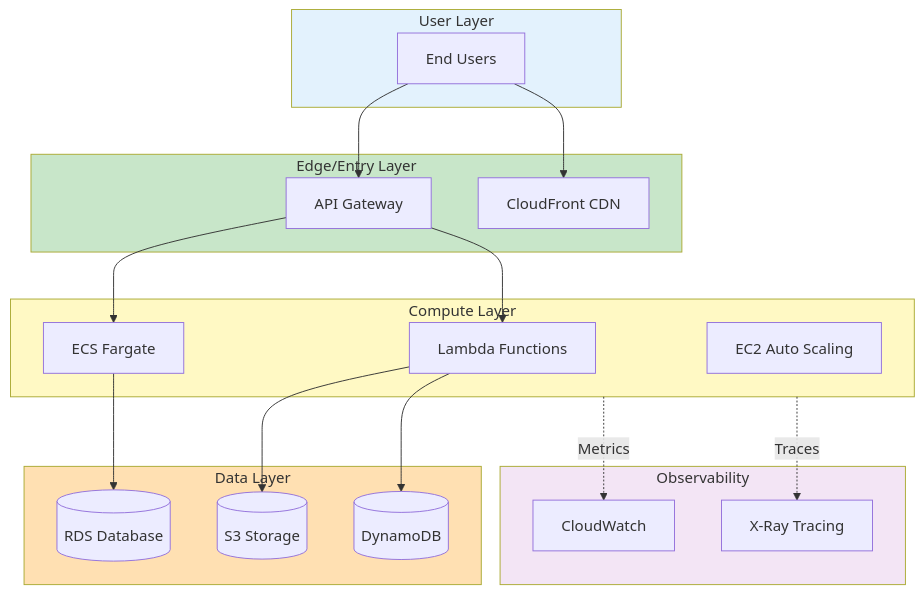
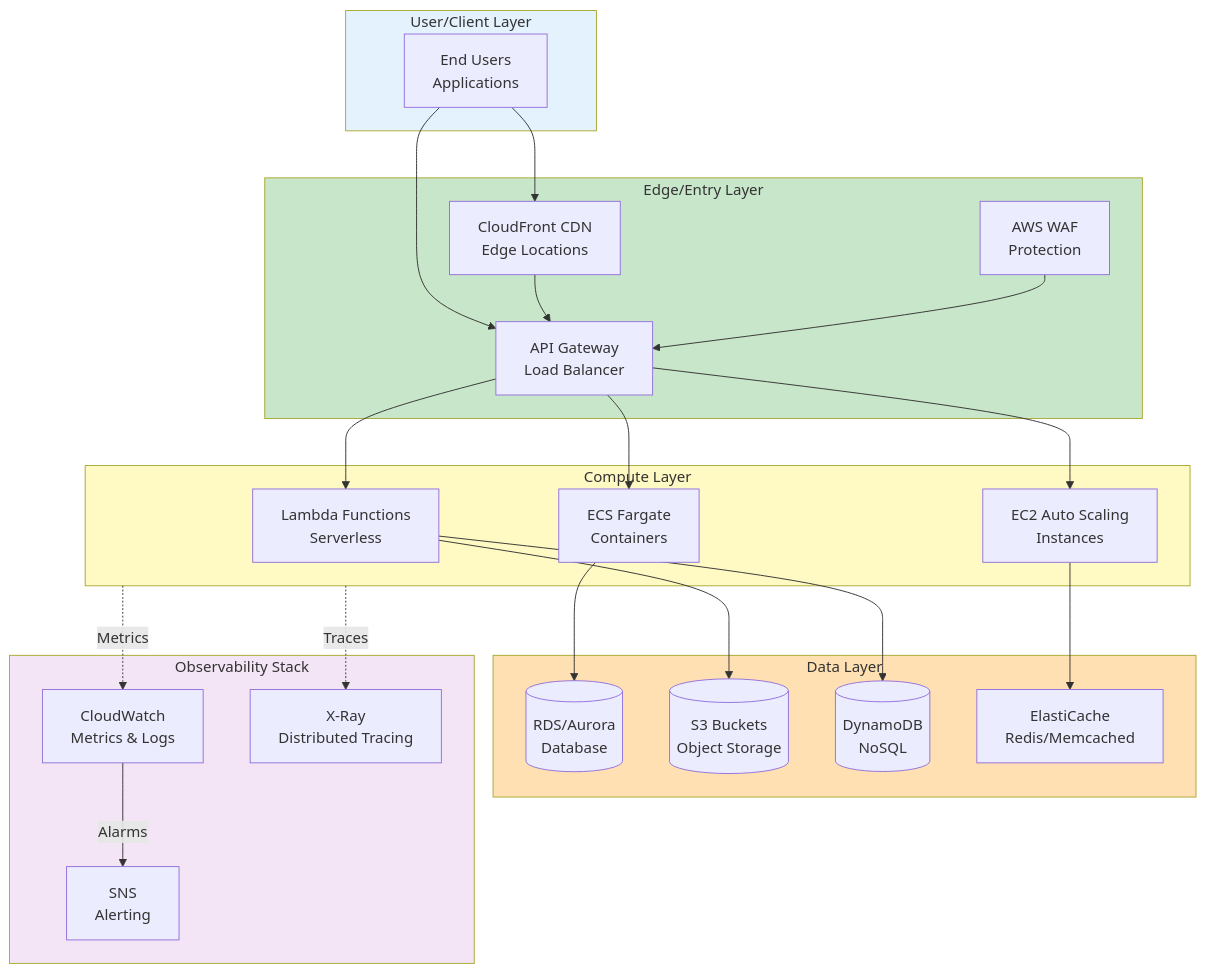
Before and after one commit to InfraTales/computer-vision-pipeline-infrastructure: the first of 4 diagrams in README.md, drawn with Mermaid. The commit also changed other lines of this file, not shown here.

Commit message:
Add comprehensive README with 4 Mermaid diagrams

````diff
--- a/README.md
+++ b/README.md
@@ -37,45 +40,55 @@
 ```mermaid
 graph TB
-    subgraph Internet["User Layer"]
-        Users[End Users]
+    subgraph Internet["User/Client Layer"]
+        Users[End Users<br/>Applications]
     end
     
     subgraph Edge["Edge/Entry Layer"]
-        API[API Gateway]
-        CDN[CloudFront CDN]
+        API[API Gateway<br/>Load Balancer]
+        CDN[CloudFront CDN<br/>Edge Locations]
+        WAF[AWS WAF<br/>Protection]
     end
     
     subgraph Compute["Compute Layer"]
-        Lambda[Lambda Functions]
-        ECS[ECS Fargate]
-        EC2[EC2 Auto Scaling]
+        Lambda[Lambda Functions<br/>Serverless]
+        ECS[ECS Fargate<br/>Containers]
+        EC2[EC2 Auto Scaling<br/>Instances]
     end
     
     subgraph Data["Data Layer"]
-        RDS[(RDS Database)]
-        S3[(S3 Storage)]
-        DDB[(DynamoDB)]
+        RDS[(RDS/Aurora<br/>Database)]
+        S3[(S3 Buckets<br/>Object Storage)]
+        DDB[(DynamoDB<br/>NoSQL)]
+        Cache[ElastiCache<br/>Redis/Memcached]
     end
     
-    subgraph Monitoring["Observability"]
-        CW[CloudWatch]
-        XRay[X-Ray Tracing]
+    subgraph Monitoring["Observability Stack"]
+        CW[CloudWatch<br/>Metrics & Logs]
+        XRay[X-Ray<br/>Distributed Tracing]
+        SNS[SNS<br/>Alerting]
     end
     
     Users --> CDN
     Users --> API
+    CDN --> API
+    WAF --> API
+    
     API --> Lambda
     API --> ECS
+    API --> EC2
+    
     Lambda --> DDB
+    Lambda --> S3
     ECS --> RDS
-    Lambda --> S3
+    EC2 --> Cache
     
     Compute -.->|Metrics| CW
     Compute -.->|Traces| XRay
+    CW -->|Alarms| SNS
     
     style Internet fill:#E3F2FD
     style Edge fill:#C8E6C9
     style Compute fill:#FFF9C4
     style Data fill:#FFE0B2
     style Monitoring fill:#F3E5F5
 ```
````
